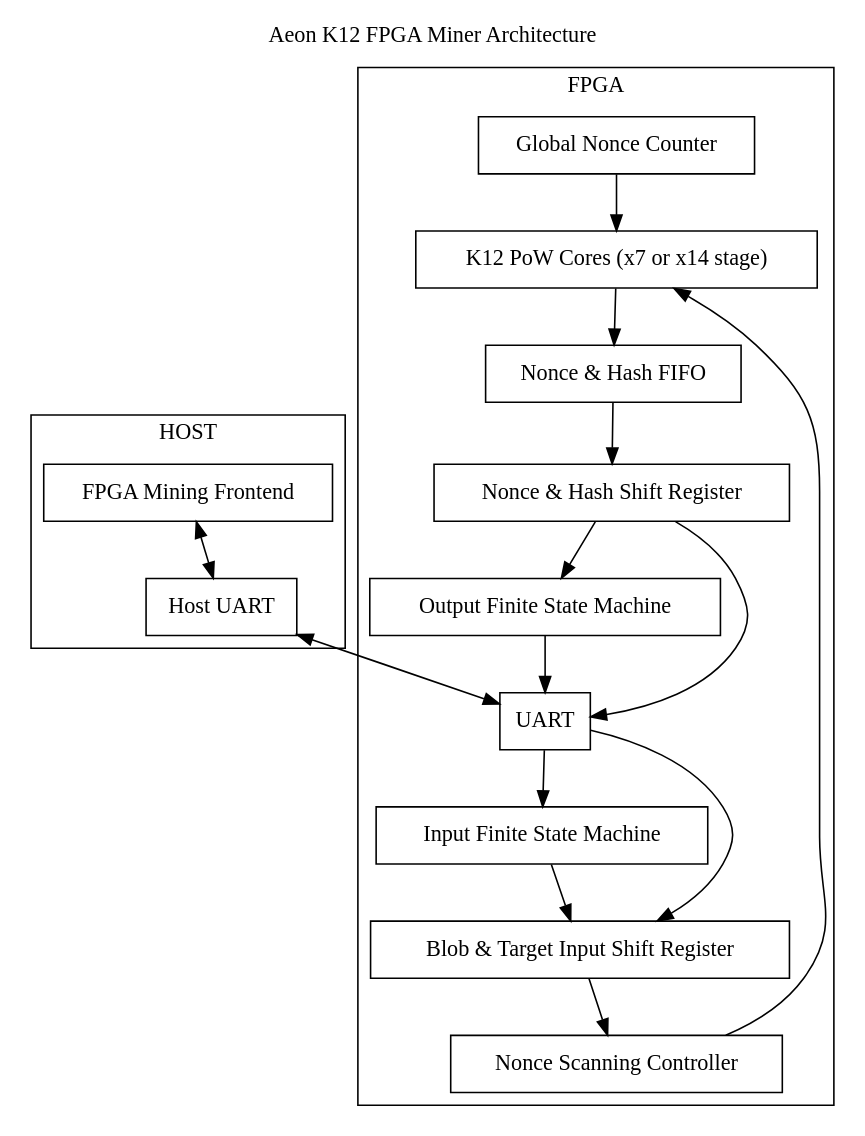
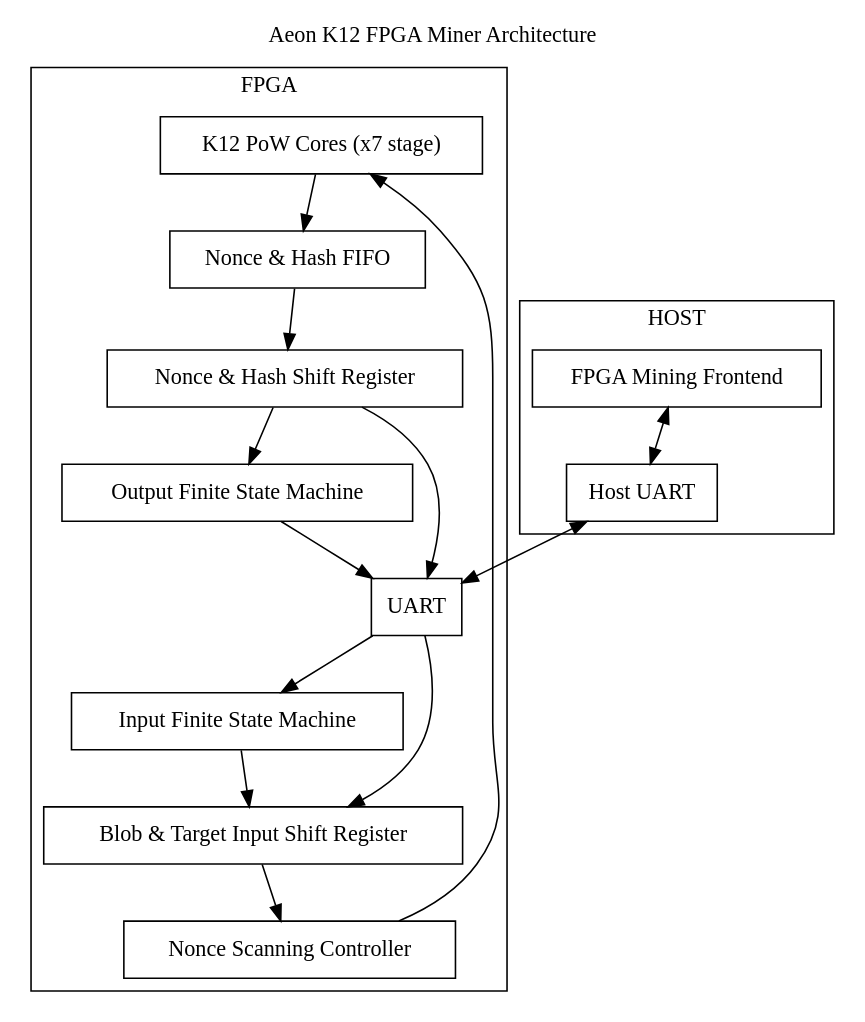
One commit to NeoChen1024/Aeon-K12-FPGA-Miner changed the diagram in arch.dot. Above: the diagram before and after it, drawn with Graphviz. The commit also changed 31 other files, not shown here.

```diff
--- a/arch.dot
+++ b/arch.dot
@@ -1,41 +1,39 @@
 digraph "Aeon K12 FPGA Miner Architecture"
 {
 	labelloc="t";
 	label="Aeon K12 FPGA Miner Architecture";
 	rankdir=TD
 	node [shape=box]
-	pow [label="K12 PoW Cores (x7 or x14 stage)"]
+	pow [label="K12 PoW Cores (x7 stage)"]
 	nsc [label="Nonce Scanning Controller"]
 	ifsm [label="Input Finite State Machine"]
 	ofsm [label="Output Finite State Machine"]
 	uart [label="UART"]
 	fifo [label="Nonce & Hash FIFO"]
 	bisr [label="Blob & Target Input Shift Register"]
 	nhsr [label="Nonce & Hash Shift Register"]
-	gctr [label="Global Nonce Counter"]
 
 	frontend [label="FPGA Mining Frontend"]
 	host_uart [label="Host UART"]
 
 	subgraph cluster_fpga {
 		label = "FPGA";
 
 		uart -> ifsm
 		ofsm -> uart
 		ifsm -> bisr
 		uart -> bisr
 		bisr -> nsc
 		nsc -> pow
 		pow -> fifo
 		fifo -> nhsr
 		nhsr -> ofsm
 		nhsr -> uart
-		gctr -> pow
 	}
 	subgraph cluster_host {
 		label = "HOST";
 
 		frontend -> host_uart [dir=both]
 		host_uart -> uart [dir=both]
 	}
 }
```
